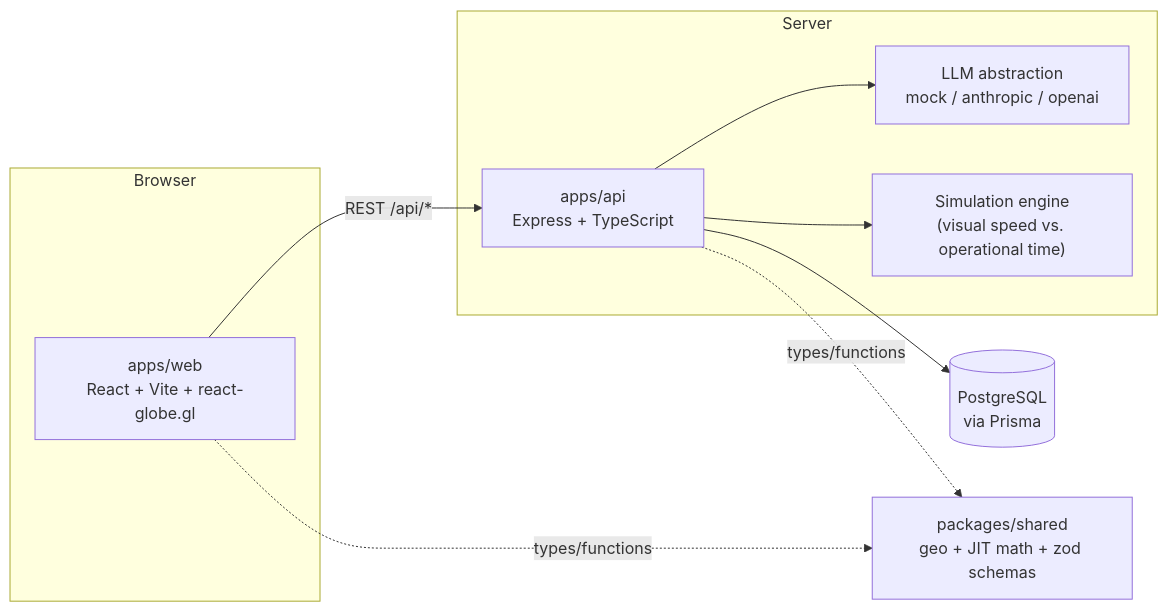
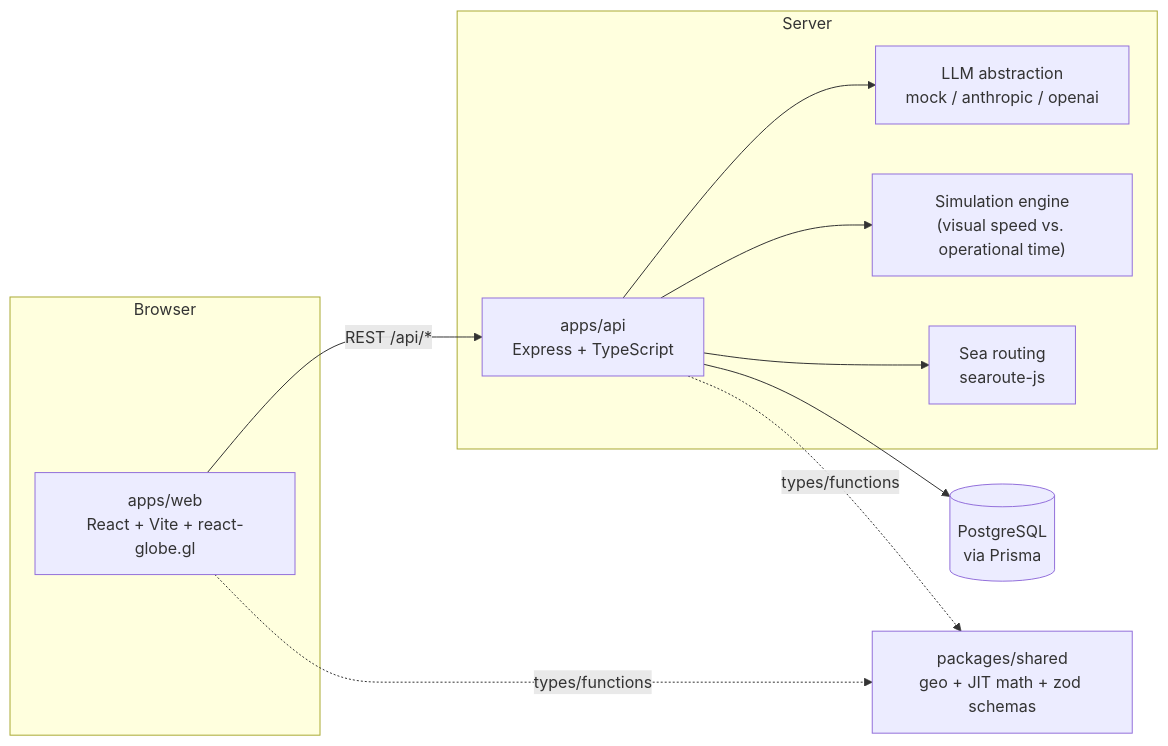
One commit to netcompany-hack-2026-overflow/maritime-assistant-v2 changed the first of 2 diagrams in README.md. Above: the diagram before and after it, drawn with Mermaid. The commit also changed other lines of this file and 1 other file, not shown here.

````diff
--- a/README.md
+++ b/README.md
@@ -90,20 +99,22 @@
 ```mermaid
 flowchart LR
     subgraph Browser
         Web["apps/web<br/>React + Vite + react-globe.gl"]
     end
     subgraph Server
         Api["apps/api<br/>Express + TypeScript"]
         Llm["LLM abstraction<br/>mock / anthropic / openai"]
         Sim["Simulation engine<br/>(visual speed vs. operational time)"]
+        Route["Sea routing<br/>searoute-js"]
     end
     Db[("PostgreSQL<br/>via Prisma")]
     Shared["packages/shared<br/>geo + JIT math + zod schemas"]
 
     Web -- REST /api/* --> Api
     Api --> Llm
     Api --> Sim
+    Api --> Route
     Api --> Db
     Web -. types/functions .-> Shared
     Api -. types/functions .-> Shared
 ```
````
